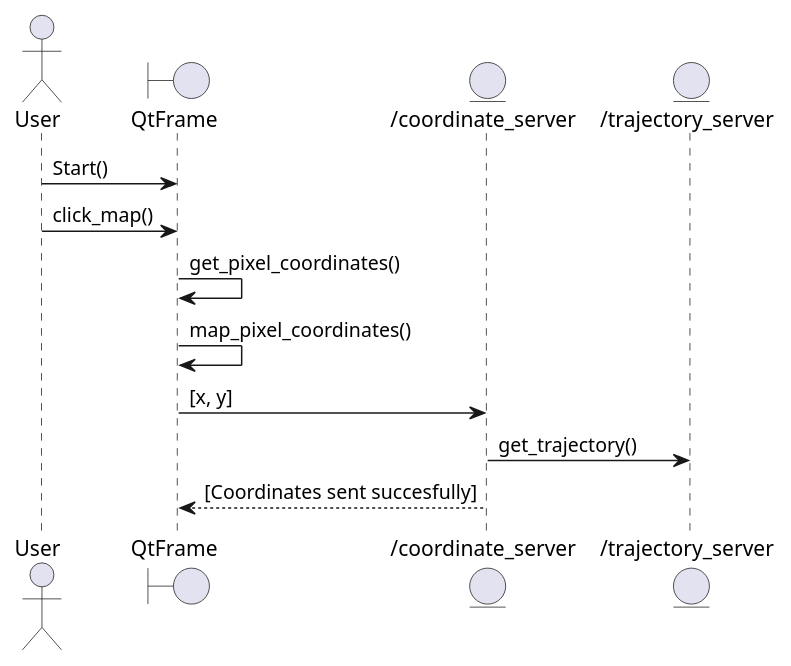
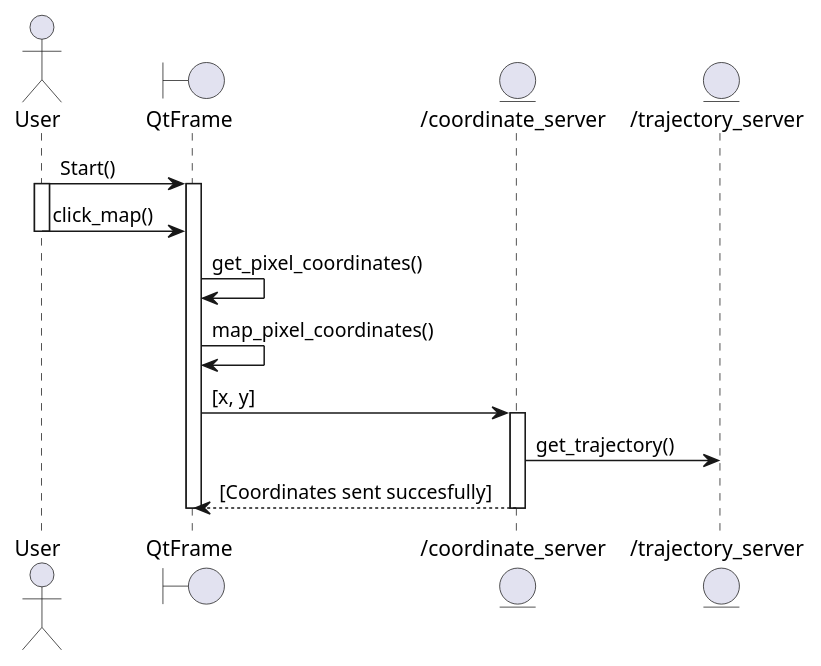
Before and after one commit to PGE-SME-2021/PGE_Robot: the diagram in docs/coordinate_service.iuml, drawn with PlantUML. The commit also changed 7 other files, not shown here.

Commit message:
[UPDATE] UML diagrams #43

```diff
--- a/docs/coordinate_service.iuml
+++ b/docs/coordinate_service.iuml
@@ -1,16 +1,22 @@
 @startuml
 actor User as user
 boundary QtFrame as qt_frame
 entity "/coordinate_server" as server
 entity "/trajectory_server" as server2
 
 user -> qt_frame: Start()
+activate user
+activate qt_frame
 
 user -> qt_frame: click_map()
+deactivate user
 qt_frame -> qt_frame: get_pixel_coordinates()
 qt_frame -> qt_frame: map_pixel_coordinates()
 qt_frame -> server: [x, y]
+activate server
 server -> server2: get_trajectory()
 server --> qt_frame: [Coordinates sent succesfully]
+deactivate server
+deactivate qt_frame
 
 @enduml
```
